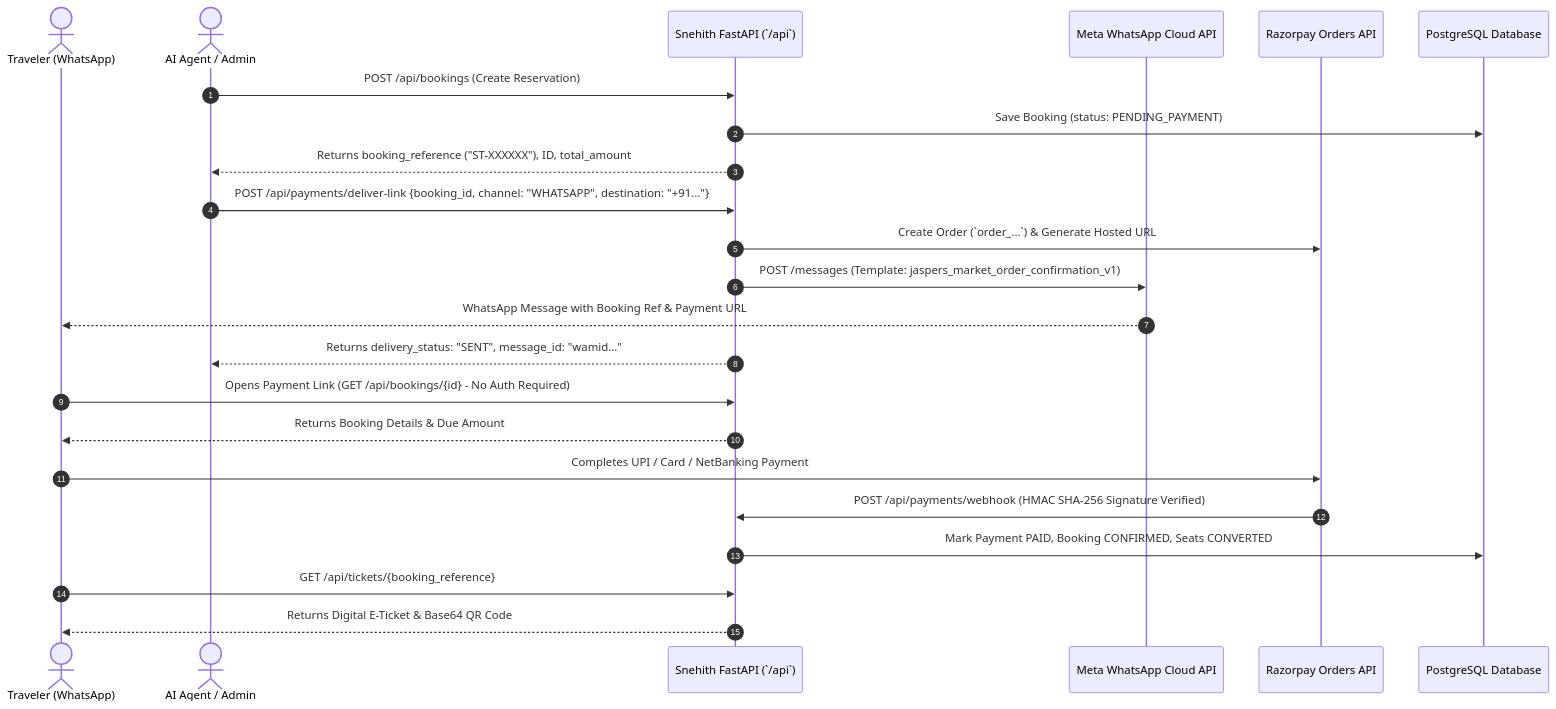
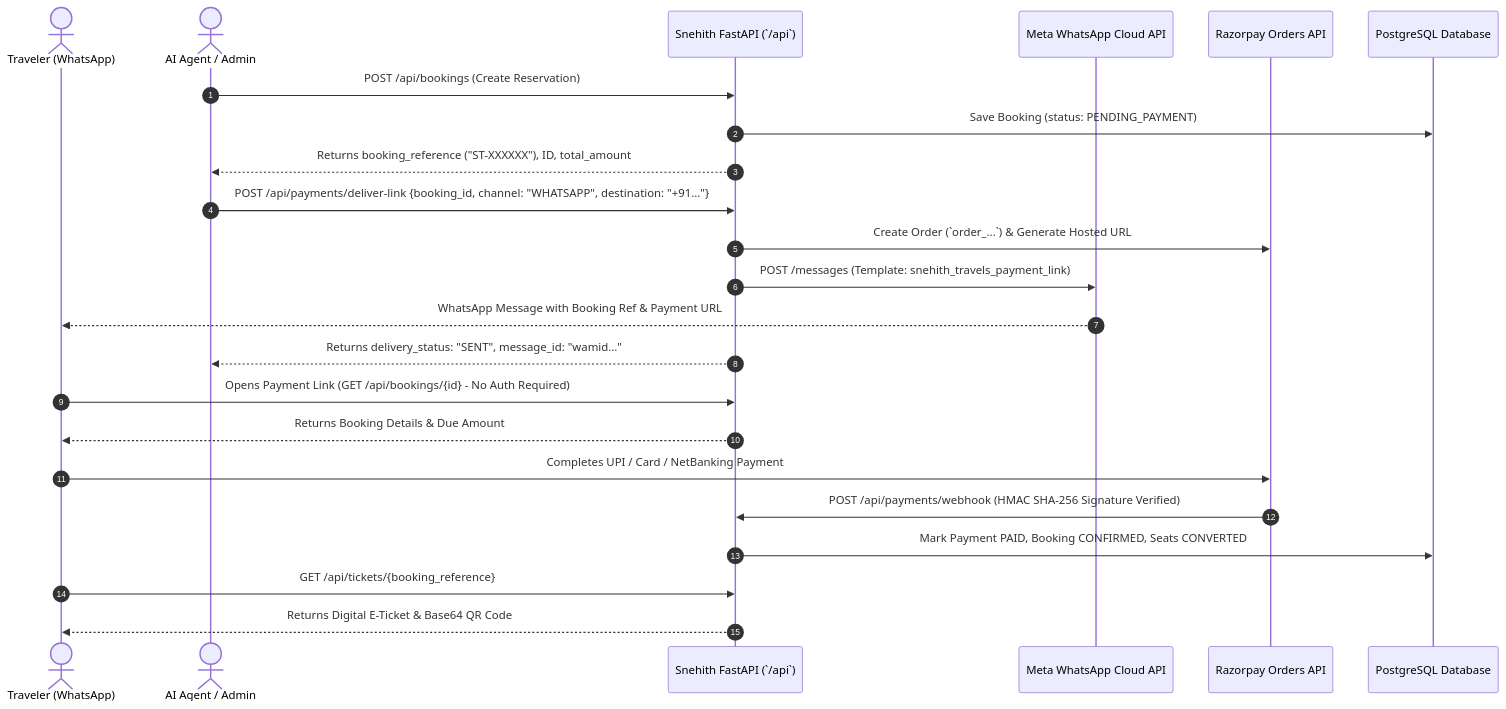
Before and after one commit to sivajisnehith/snehith-travels: the diagram in docs/AI_AGENT_INTEGRATION_GUIDE.md, drawn with Mermaid. The commit also changed other lines of this file and 4 other files, not shown here.

````diff
--- a/docs/AI_AGENT_INTEGRATION_GUIDE.md
+++ b/docs/AI_AGENT_INTEGRATION_GUIDE.md
@@ -22,28 +22,28 @@
 ```mermaid
 sequenceDiagram
     autonumber
     actor Customer as Traveler (WhatsApp)
     actor Agent as AI Agent / Admin
     participant Backend as Snehith FastAPI (`/api`)
     participant Meta as Meta WhatsApp Cloud API
     participant Razorpay as Razorpay Orders API
     participant DB as PostgreSQL Database
 
     Agent->>Backend: POST /api/bookings (Create Reservation)
     Backend->>DB: Save Booking (status: PENDING_PAYMENT)
     Backend-->>Agent: Returns booking_reference ("ST-XXXXXX"), ID, total_amount
 
     Agent->>Backend: POST /api/payments/deliver-link {booking_id, channel: "WHATSAPP", destination: "+91..."}
     Backend->>Razorpay: Create Order (`order_...`) & Generate Hosted URL
-    Backend->>Meta: POST /messages (Template: jaspers_market_order_confirmation_v1)
+    Backend->>Meta: POST /messages (Template: snehith_travels_payment_link)
     Meta-->>Customer: WhatsApp Message with Booking Ref & Payment URL
     Backend-->>Agent: Returns delivery_status: "SENT", message_id: "wamid..."
 
     Customer->>Backend: Opens Payment Link (GET /api/bookings/{id} - No Auth Required)
     Backend-->>Customer: Returns Booking Details & Due Amount
     Customer->>Razorpay: Completes UPI / Card / NetBanking Payment
     Razorpay->>Backend: POST /api/payments/webhook (HMAC SHA-256 Signature Verified)
     Backend->>DB: Mark Payment PAID, Booking CONFIRMED, Seats CONVERTED
     Customer->>Backend: GET /api/tickets/{booking_reference}
     Backend-->>Customer: Returns Digital E-Ticket & Base64 QR Code
 ```
````
